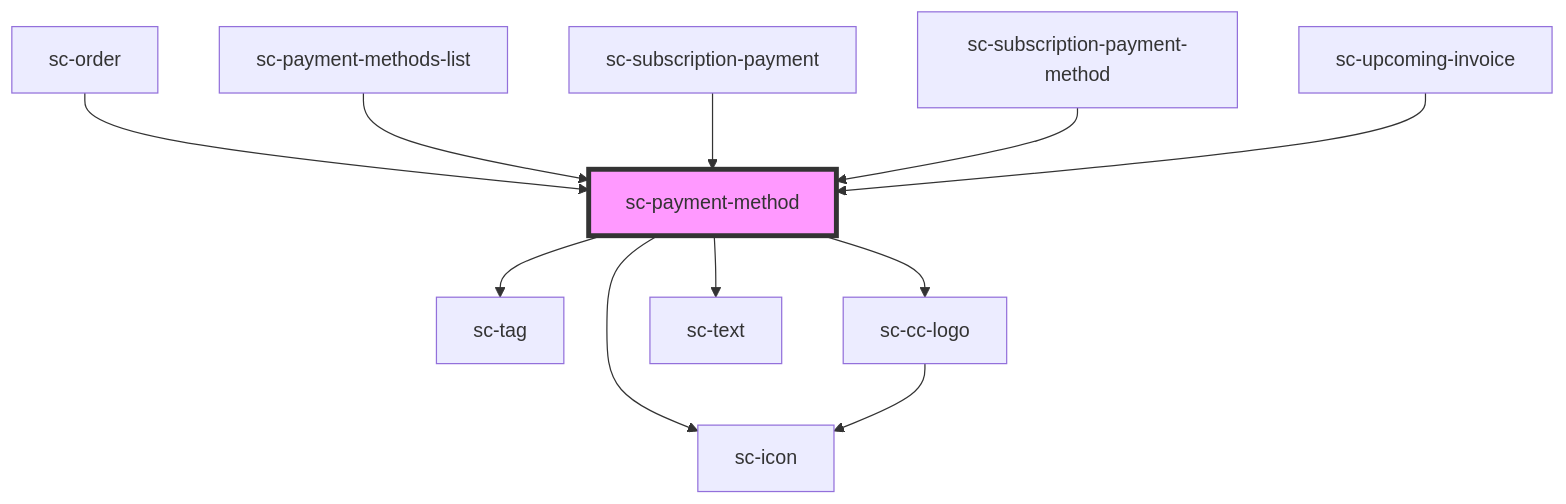
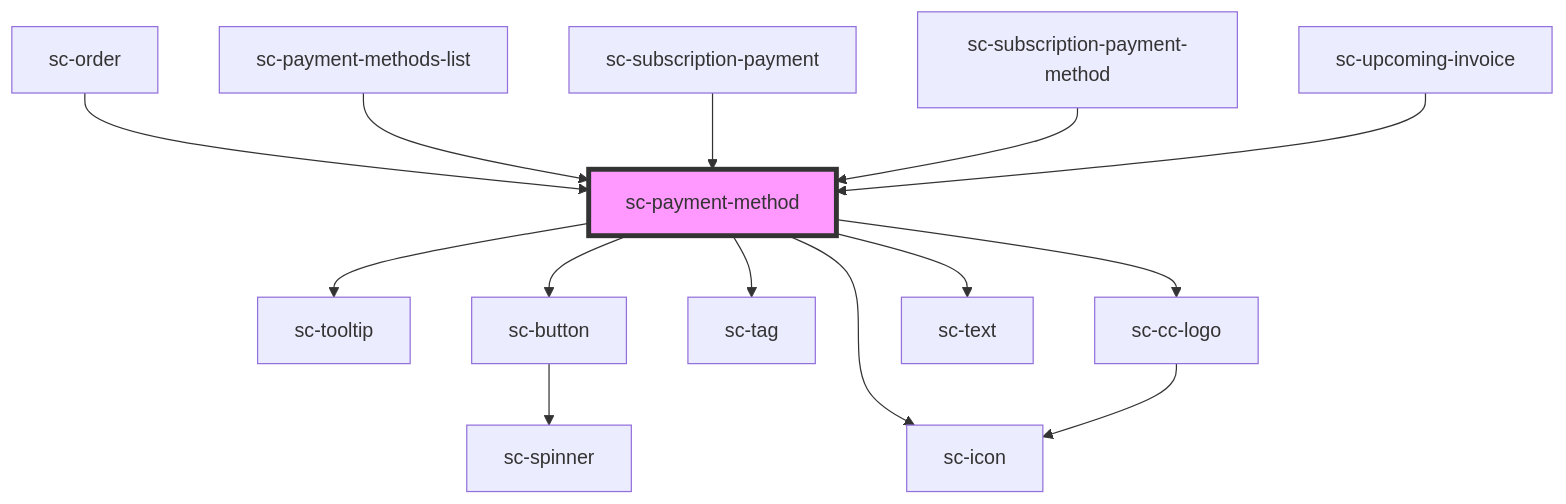
The diagram in packages/components/src/components/ui/sc-payment-method/readme.md (surecart/surecart-wp-plugin), drawn with Mermaid before and after one commit. The commit also changed other lines of this file and 10 other files, not shown here.

````diff
--- a/packages/components/src/components/ui/sc-payment-method/readme.md
+++ b/packages/components/src/components/ui/sc-payment-method/readme.md
@@ -43,14 +48,17 @@
 ```mermaid
 graph TD;
+  sc-payment-method --> sc-tooltip
+  sc-payment-method --> sc-button
+  sc-payment-method --> sc-icon
   sc-payment-method --> sc-tag
   sc-payment-method --> sc-cc-logo
-  sc-payment-method --> sc-icon
   sc-payment-method --> sc-text
+  sc-button --> sc-spinner
   sc-cc-logo --> sc-icon
   sc-order --> sc-payment-method
   sc-payment-methods-list --> sc-payment-method
   sc-subscription-payment --> sc-payment-method
   sc-subscription-payment-method --> sc-payment-method
   sc-upcoming-invoice --> sc-payment-method
   style sc-payment-method fill:#f9f,stroke:#333,stroke-width:4px
 ```
````
